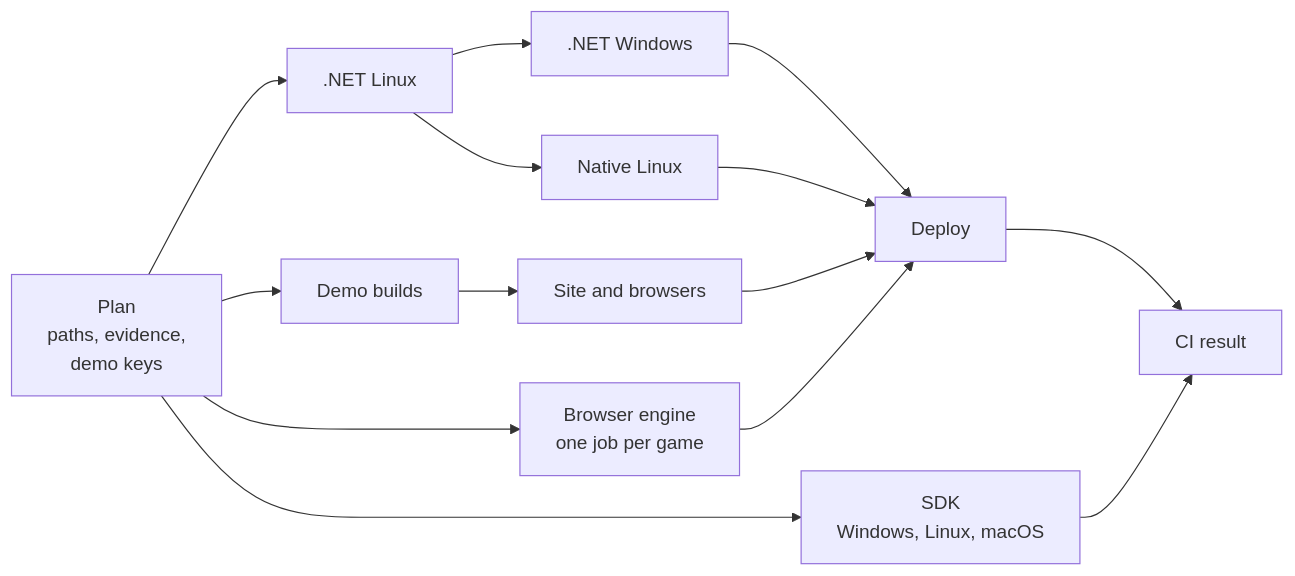
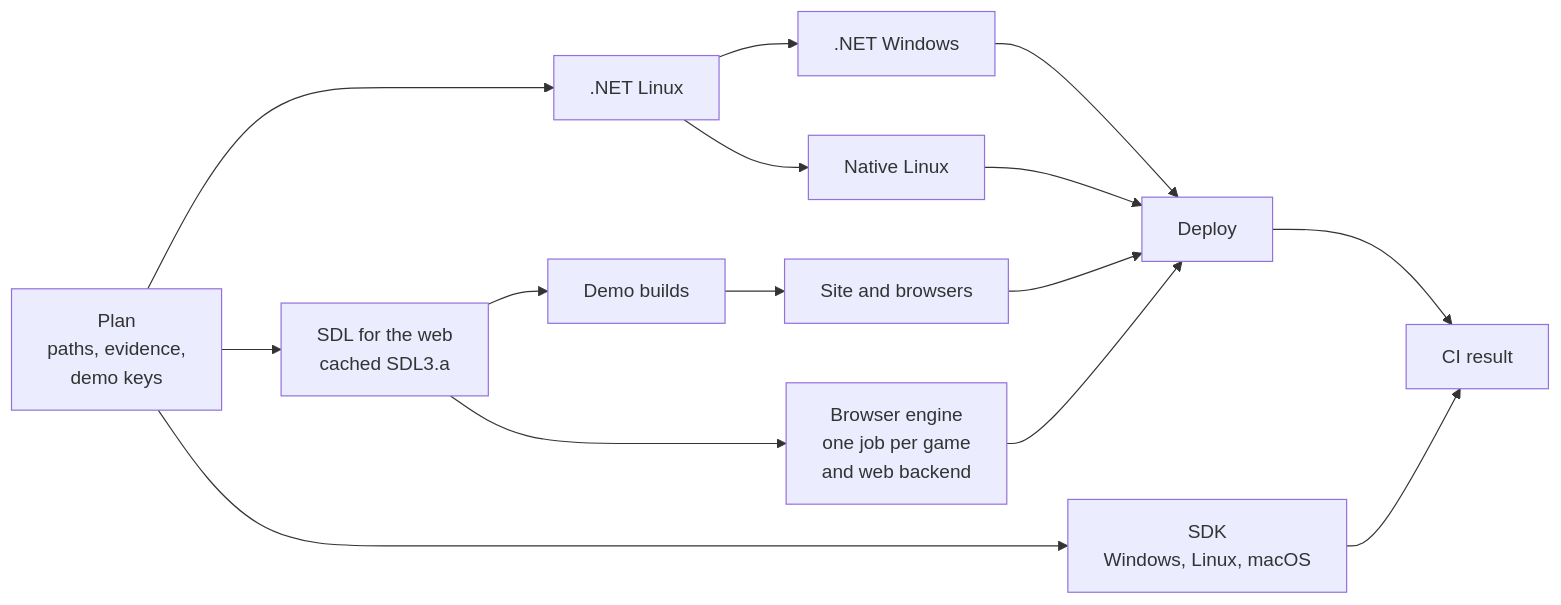
One commit to NastMz/MicroEngine changed the first of 2 diagrams in docs/ci.md. Above: the diagram before and after it, drawn with Mermaid. The commit also changed other lines of this file and 36 other files, not shown here.

First line of the commit message:
feat(web): SDL 3 browser host behind --web-backend sdl

````diff
--- a/docs/ci.md
+++ b/docs/ci.md
@@ -30,18 +30,19 @@
 ```mermaid
 flowchart LR
   accTitle: Daily CI
   accDescr: Plan decides the checks, the checks run, the site deploys if needed, and CI result gates everything.
   plan[Plan<br/>paths, evidence,<br/>demo keys] --> linux[.NET Linux]
   linux --> windows[.NET Windows]
   linux --> native[Native Linux]
-  plan --> build[Demo builds]
-  plan --> engine[Browser engine<br/>one job per game]
+  plan --> sdlweb[SDL for the web<br/>cached SDL3.a]
+  sdlweb --> build[Demo builds]
+  sdlweb --> engine[Browser engine<br/>one job per game<br/>and web backend]
   plan --> sdk[SDK<br/>Windows, Linux, macOS]
   build --> site[Site and browsers]
   windows --> deploy[Deploy]
   native --> deploy
   site --> deploy
   engine --> deploy
   deploy --> result[CI result]
   sdk --> result
 ```
````
